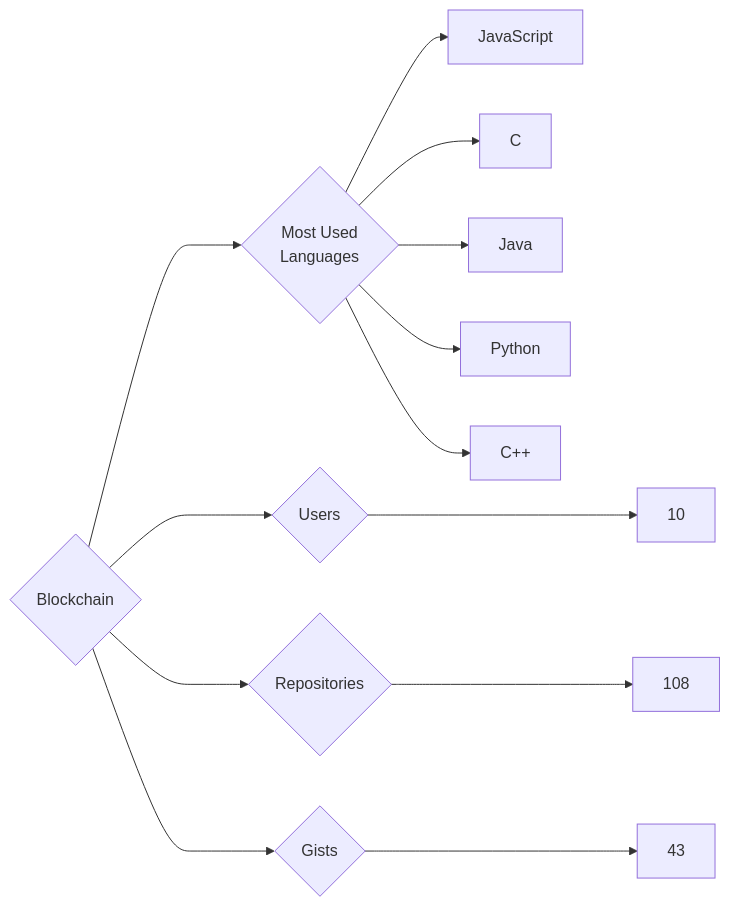
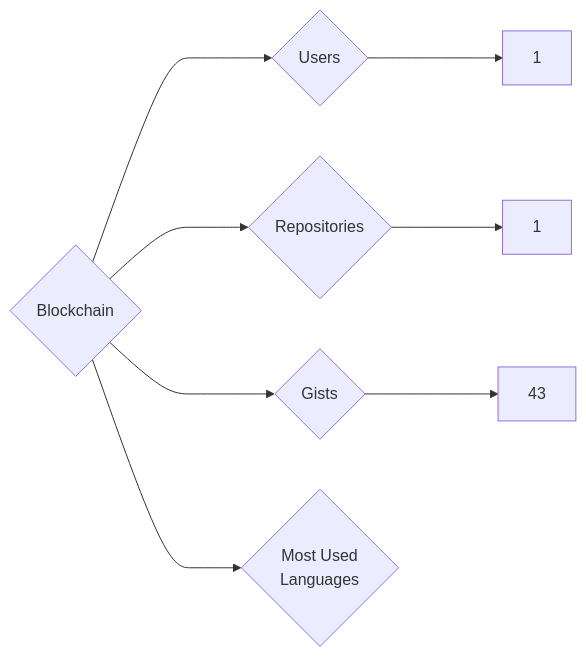
One commit to trickest/insiders changed the diagram in targets/Blockchain/README.md. Above: the diagram before and after it, drawn with Mermaid. The commit also changed 776 other files, not shown here.

````diff
--- a/targets/Blockchain/README.md
+++ b/targets/Blockchain/README.md
@@ -3,13 +3,8 @@
 ```mermaid
 graph LR
 COMPANY_NAME{Blockchain}
-COMPANY_NAME ---> U{Users} ---> UN[10]
-COMPANY_NAME ---> R{Repositories} ---> RN[108]
+COMPANY_NAME ---> U{Users} ---> UN[1]
+COMPANY_NAME ---> R{Repositories} ---> RN[1]
 COMPANY_NAME ---> G{Gists} ---> GN[43]
 COMPANY_NAME ---> ML{Most Used<br>Languages}
-ML --> JavaScript[JavaScript]
-ML --> C[C]
-ML --> Java[Java]
-ML --> Python[Python]
-ML --> C++[C++]
 ```
````
